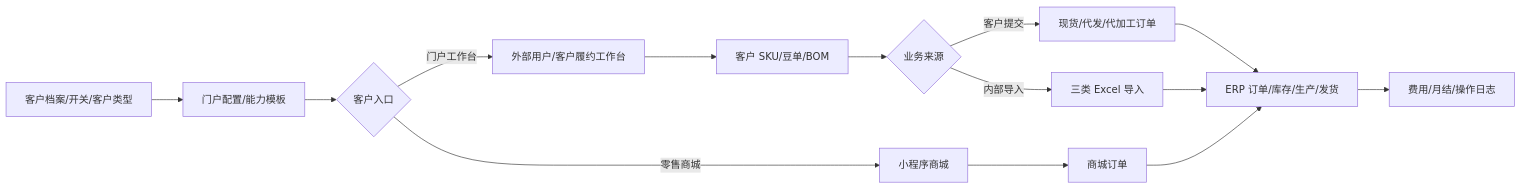
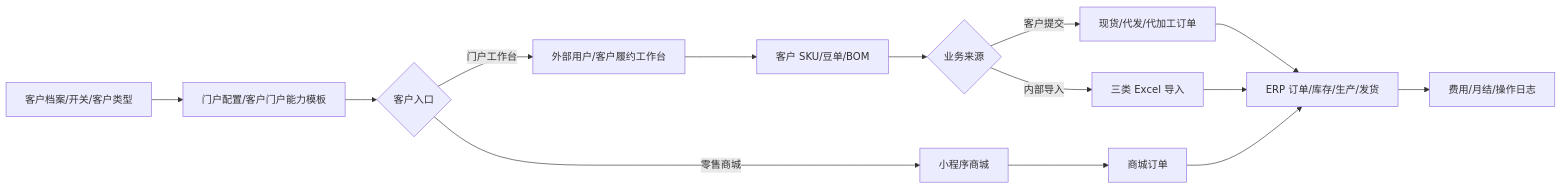
Before and after one commit to Backstage2539/KFerp: the first of 8 diagrams in orderapp-remote/docs/OP_MANUAL_CUSTOMER_FULFILLMENT.md, drawn with Mermaid. The commit also changed other lines of this file and 40 other files, not shown here.

Commit message:
fix: consolidate customer management portal warehouse flow

````diff
--- a/orderapp-remote/docs/OP_MANUAL_CUSTOMER_FULFILLMENT.md
+++ b/orderapp-remote/docs/OP_MANUAL_CUSTOMER_FULFILLMENT.md
@@ -13,16 +13,16 @@
 ```mermaid
 flowchart LR
-  A["客户档案/开关/客户类型"] --> B["门户配置/能力模板"]
+  A["客户档案/开关/客户类型"] --> B["门户配置/客户门户能力模板"]
   B --> C{"客户入口"}
   C -->|门户工作台| D["外部用户/客户履约工作台"]
   C -->|零售商城| E["小程序商城"]
   D --> F["客户 SKU/豆单/BOM"]
   F --> G{"业务来源"}
   G -->|客户提交| H["现货/代发/代加工订单"]
   G -->|内部导入| I["三类 Excel 导入"]
   E --> J["商城订单"]
   H --> K["ERP 订单/库存/生产/发货"]
   I --> K
   J --> K
   K --> L["费用/月结/操作日志"]
 ```
````
